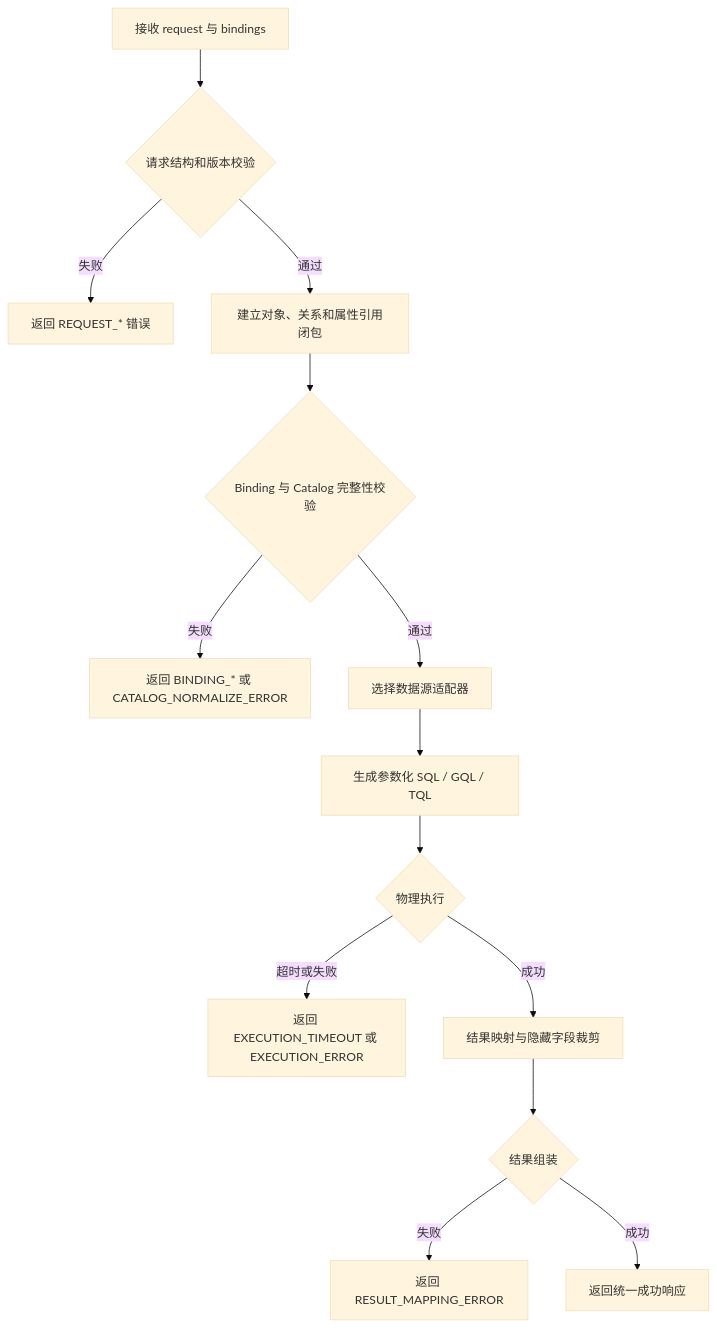
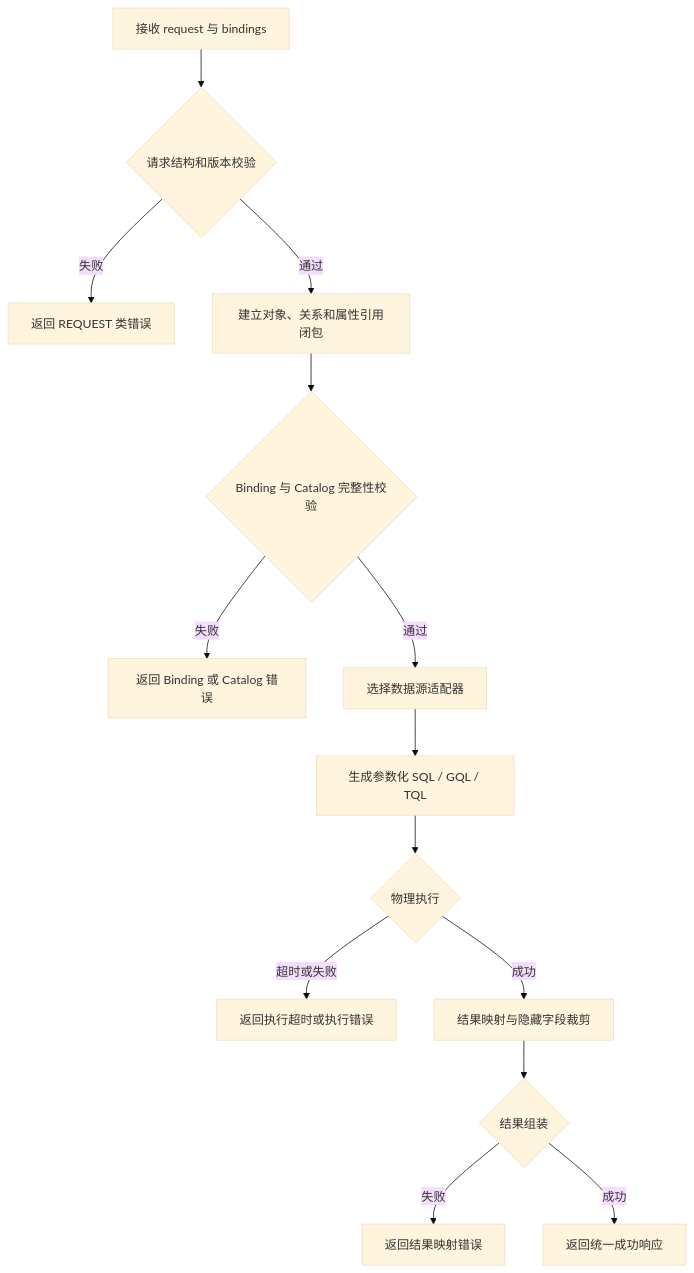
The second of 2 diagrams in OAC业务三方定制接口开发规范.md (cfwl100/onology_dsl), drawn with Mermaid (base theme) before and after one commit. The commit also changed other lines of this file, not shown here.

Commit message:
docs: normalize Mermaid labels

````diff
--- a/OAC业务三方定制接口开发规范.md
+++ b/OAC业务三方定制接口开发规范.md
@@ -105,16 +105,16 @@
 ```mermaid
 flowchart TD
     A[接收 request 与 bindings] --> B{请求结构和版本校验}
-    B -- 失败 --> E1[返回 REQUEST_* 错误]
+    B -- 失败 --> E1[返回 REQUEST 类错误]
     B -- 通过 --> C[建立对象、关系和属性引用闭包]
     C --> D{Binding 与 Catalog 完整性校验}
-    D -- 失败 --> E2[返回 BINDING_* 或 CATALOG_NORMALIZE_ERROR]
+    D -- 失败 --> E2[返回 Binding 或 Catalog 错误]
     D -- 通过 --> F[选择数据源适配器]
     F --> G[生成参数化 SQL / GQL / TQL]
     G --> H{物理执行}
-    H -- 超时或失败 --> E3[返回 EXECUTION_TIMEOUT 或 EXECUTION_ERROR]
+    H -- 超时或失败 --> E3[返回执行超时或执行错误]
     H -- 成功 --> I[结果映射与隐藏字段裁剪]
     I --> J{结果组装}
-    J -- 失败 --> E4[返回 RESULT_MAPPING_ERROR]
+    J -- 失败 --> E4[返回结果映射错误]
     J -- 成功 --> K[返回统一成功响应]
 ```
````
